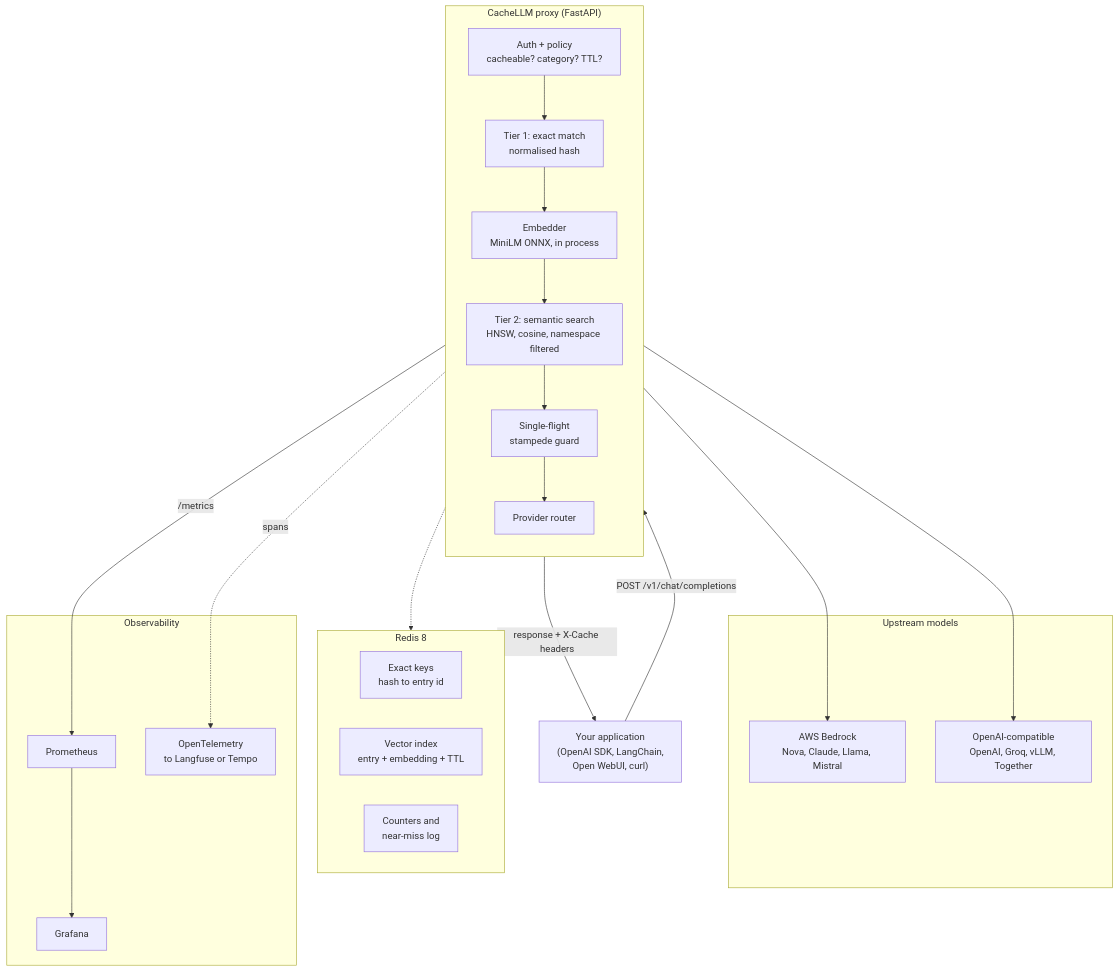
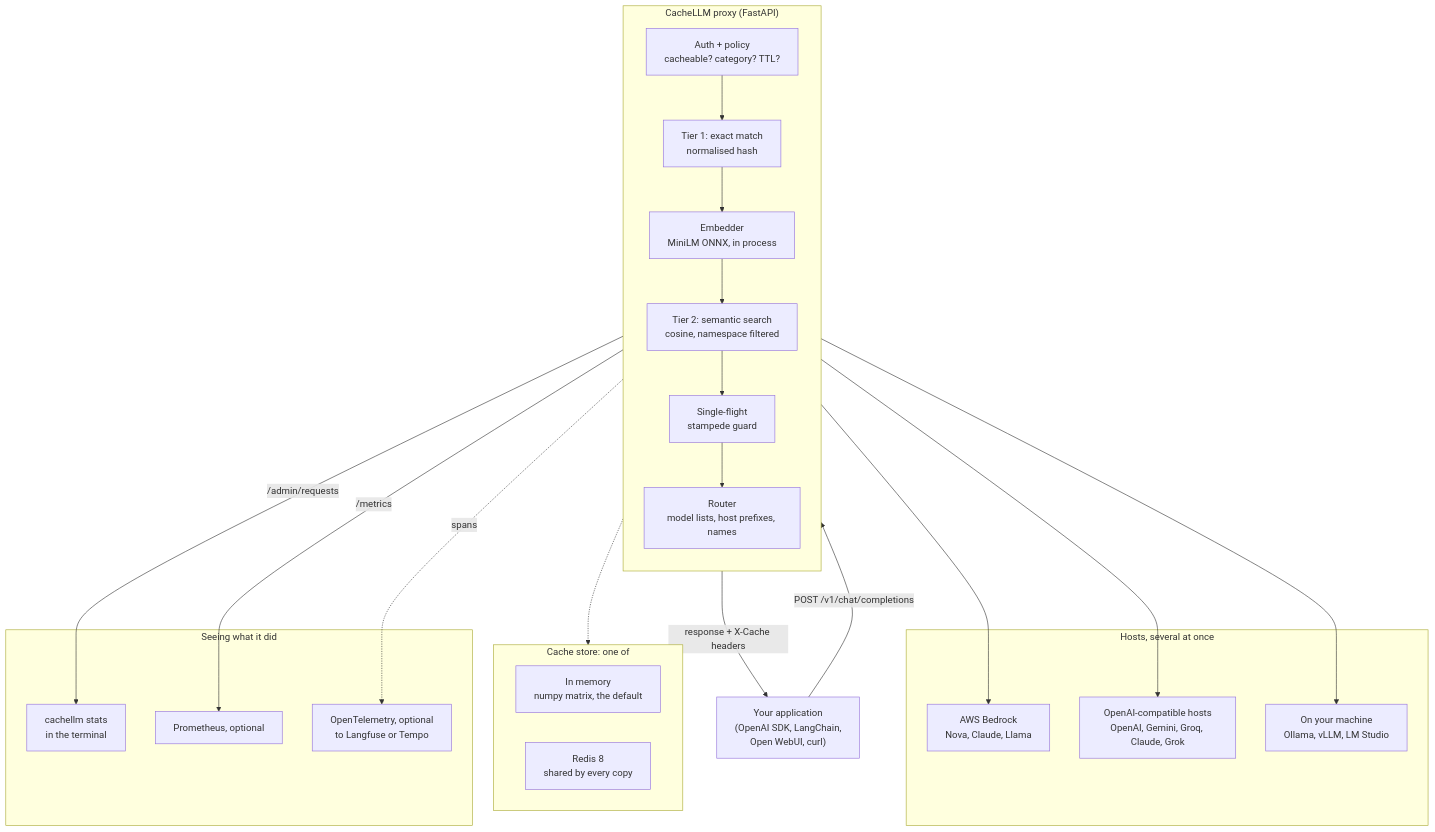
The first of 2 diagrams in README.md (adarshcod30/CacheLLM), drawn with Mermaid before and after one commit. The commit also changed other lines of this file and 10 other files, not shown here.

First line of the commit message:
Check routing live across Gemini, Groq and Ollama, and remeasure embeddings

````diff
--- a/README.md
+++ b/README.md
@@ -105,40 +106,42 @@
 ```mermaid
 flowchart TB
     App["Your application<br/>(OpenAI SDK, LangChain,<br/>Open WebUI, curl)"]
 
     subgraph Proxy["CacheLLM proxy (FastAPI)"]
         direction TB
         Auth["Auth + policy<br/>cacheable? category? TTL?"]
         L1["Tier 1: exact match<br/>normalised hash"]
         Embed["Embedder<br/>MiniLM ONNX, in process"]
-        L2["Tier 2: semantic search<br/>HNSW, cosine, namespace filtered"]
+        L2["Tier 2: semantic search<br/>cosine, namespace filtered"]
         Flight["Single-flight<br/>stampede guard"]
-        Router["Provider router"]
+        Router["Router<br/>model lists, host prefixes, names"]
         Auth --> L1 --> Embed --> L2 --> Flight --> Router
     end
 
-    subgraph Redis["Redis 8"]
-        Keys["Exact keys<br/>hash to entry id"]
-        Index["Vector index<br/>entry + embedding + TTL"]
-        Stats["Counters and<br/>near-miss log"]
+    subgraph Store["Cache store: one of"]
+        Memory["In memory<br/>numpy matrix, the default"]
+        Redis["Redis 8<br/>shared by every copy"]
     end
 
-    subgraph Providers["Upstream models"]
-        Bedrock["AWS Bedrock<br/>Nova, Claude, Llama, Mistral"]
-        OpenAICompat["OpenAI-compatible<br/>OpenAI, Groq, vLLM, Together"]
+    subgraph Providers["Hosts, several at once"]
+        Bedrock["AWS Bedrock<br/>Nova, Claude, Llama"]
+        Hosted["OpenAI-compatible hosts<br/>OpenAI, Gemini, Groq, Claude, Grok"]
+        Local["On your machine<br/>Ollama, vLLM, LM Studio"]
     end
 
-    subgraph Obs["Observability"]
-        Prom["Prometheus"]
-        Graf["Grafana"]
-        Otel["OpenTelemetry<br/>to Langfuse or Tempo"]
+    subgraph Obs["Seeing what it did"]
+        Term["cachellm stats<br/>in the terminal"]
+        Prom["Prometheus, optional"]
+        Otel["OpenTelemetry, optional<br/>to Langfuse or Tempo"]
     end
 
     App -->|"POST /v1/chat/completions"| Auth
-    Proxy -.-> Redis
+    Proxy -.-> Store
     Router --> Bedrock
-    Router --> OpenAICompat
-    Proxy -->|"/metrics"| Prom --> Graf
+    Router --> Hosted
+    Router --> Local
+    Proxy -->|"/admin/requests"| Term
+    Proxy -->|"/metrics"| Prom
     Proxy -.->|"spans"| Otel
     Proxy -->|"response + X-Cache headers"| App
 ```
````
